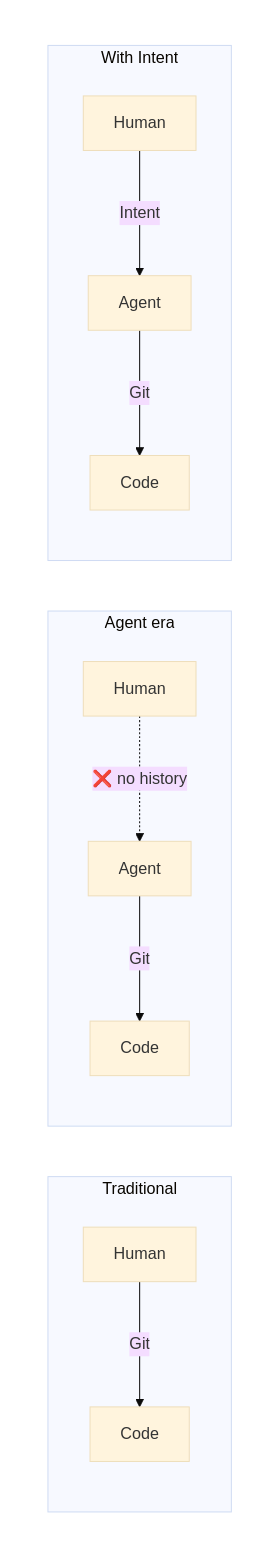
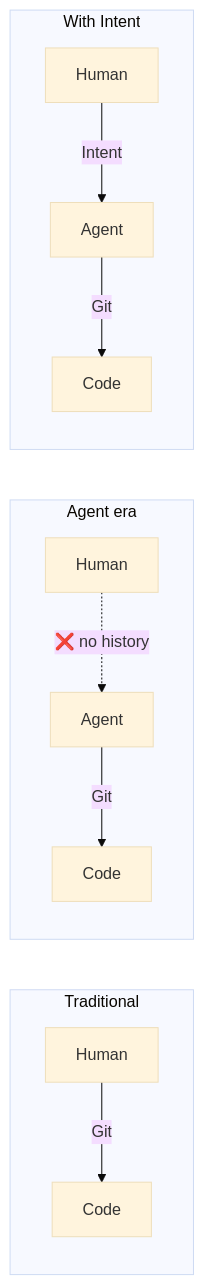
Before and after one commit to dozybot001/Intent: the diagram in README.md, drawn with Mermaid (base theme). The commit also changed 1 other file, not shown here.

Commit message:
Fix Mermaid diagram to render as three horizontal columns
Use top-level flowchart LR instead of nested direction LR,
which GitHub's Mermaid renderer does not support.

````diff
--- a/README.md
+++ b/README.md
@@ -17,33 +17,17 @@
 ```mermaid
-flowchart TB
-  subgraph compare[" "]
-    direction LR
-
-    subgraph traditional["Traditional"]
-      direction TB
-      th["Human"]
-      tc["Code"]
-      th -->|"Git"| tc
-    end
-
-    subgraph agent["Agent era"]
-      direction TB
-      ah["Human"]
-      aa["Agent"]
-      ac["Code"]
-      ah -. "❌ no history" .-> aa
-      aa -->|"Git"| ac
-    end
-
-    subgraph intent["With Intent"]
-      direction TB
-      ih["Human"]
-      ia["Agent"]
-      ic["Code"]
-      ih -->|"Intent"| ia
-      ia -->|"Git"| ic
-    end
+flowchart LR
+  subgraph traditional["Traditional"]
+    direction TB
+    th["Human"] -->|"Git"| tc["Code"]
   end
 
-  style compare fill:transparent,stroke:transparent
+  subgraph agent["Agent era"]
+    direction TB
+    ah["Human"] -. "❌ no history" .-> aa["Agent"] -->|"Git"| ac["Code"]
+  end
+
+  subgraph intent["With Intent"]
+    direction TB
+    ih["Human"] -->|"Intent"| ia["Agent"] -->|"Git"| ic["Code"]
+  end
 ```
````
